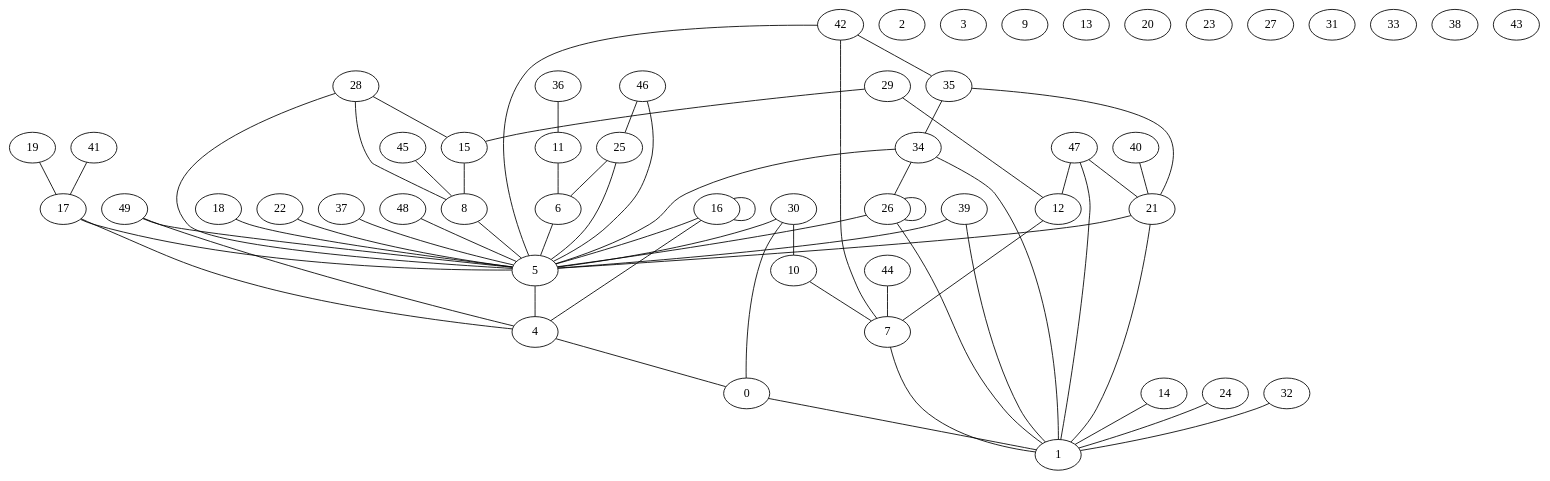
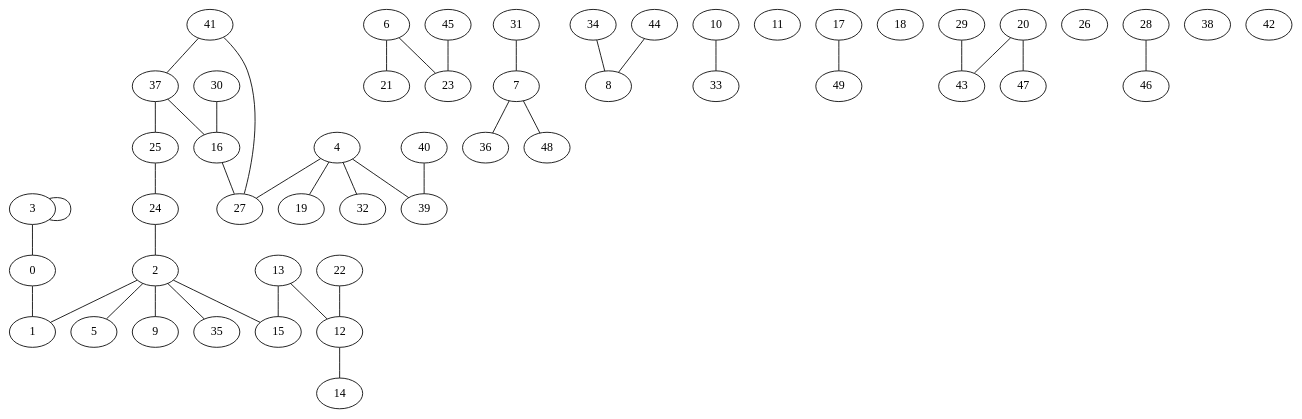
The diagram in Texto_Grafos/gBarabasin1.dot (humbertoART/BibliotecaGraph), drawn with Graphviz before and after one commit. The commit also changed 15 other files, not shown here.

```diff
--- a/Texto_Grafos/gBarabasin1.dot
+++ b/Texto_Grafos/gBarabasin1.dot
@@ -1,112 +1,91 @@
 graph G {
   0;
   1;
   2;
   3;
   4;
   5;
   6;
   7;
   8;
   9;
   10;
   11;
   12;
   13;
   14;
   15;
   16;
   17;
   18;
   19;
   20;
   21;
   22;
   23;
   24;
   25;
   26;
   27;
   28;
   29;
   30;
   31;
   32;
   33;
   34;
   35;
   36;
   37;
   38;
   39;
   40;
   41;
   42;
   43;
   44;
   45;
   46;
   47;
   48;
   49;
    0 -- 1;
-   4 -- 0;
-   5 -- 4;
-   6 -- 5;
-   7 -- 1;
-   8 -- 5;
-   10 -- 7;
-   11 -- 6;
-   12 -- 7;
-   14 -- 1;
-   15 -- 8;
-   16 -- 4;
-   16 -- 5;
-   16 -- 16;
-   17 -- 4;
-   17 -- 5;
-   18 -- 5;
-   19 -- 17;
-   21 -- 1;
-   21 -- 5;
-   22 -- 5;
-   24 -- 1;
-   25 -- 5;
-   25 -- 6;
-   26 -- 1;
-   26 -- 5;
-   26 -- 26;
-   28 -- 5;
-   28 -- 8;
-   28 -- 15;
-   29 -- 12;
-   29 -- 15;
-   30 -- 0;
-   30 -- 5;
-   30 -- 10;
-   32 -- 1;
-   34 -- 1;
-   34 -- 5;
-   34 -- 26;
-   35 -- 21;
-   35 -- 34;
-   36 -- 11;
-   37 -- 5;
-   39 -- 1;
-   39 -- 5;
-   40 -- 21;
-   41 -- 17;
-   42 -- 5;
-   42 -- 7;
-   42 -- 35;
-   44 -- 7;
-   45 -- 8;
-   46 -- 5;
-   46 -- 25;
-   47 -- 1;
-   47 -- 12;
-   47 -- 21;
-   48 -- 5;
-   49 -- 4;
-   49 -- 5;
+   2 -- 1;
+   2 -- 5;
+   2 -- 9;
+   2 -- 15;
+   2 -- 35;
+   3 -- 0;
+   3 -- 3;
+   4 -- 19;
+   4 -- 27;
+   4 -- 32;
+   4 -- 39;
+   6 -- 21;
+   6 -- 23;
+   7 -- 36;
+   7 -- 48;
+   10 -- 33;
+   12 -- 14;
+   13 -- 12;
+   13 -- 15;
+   16 -- 27;
+   17 -- 49;
+   20 -- 43;
+   20 -- 47;
+   22 -- 12;
+   24 -- 2;
+   25 -- 24;
+   28 -- 46;
+   29 -- 43;
+   30 -- 16;
+   31 -- 7;
+   34 -- 8;
+   37 -- 16;
+   37 -- 25;
+   40 -- 39;
+   41 -- 27;
+   41 -- 37;
+   44 -- 8;
+   45 -- 23;
 }
```
